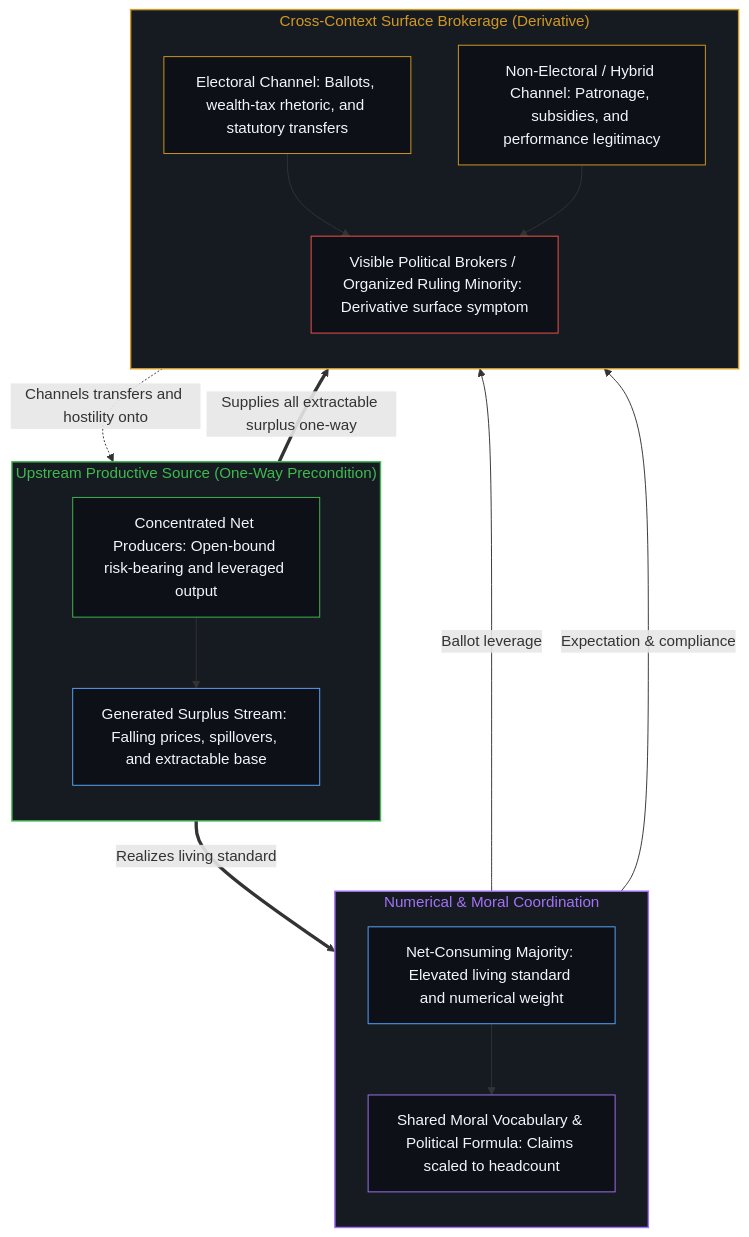
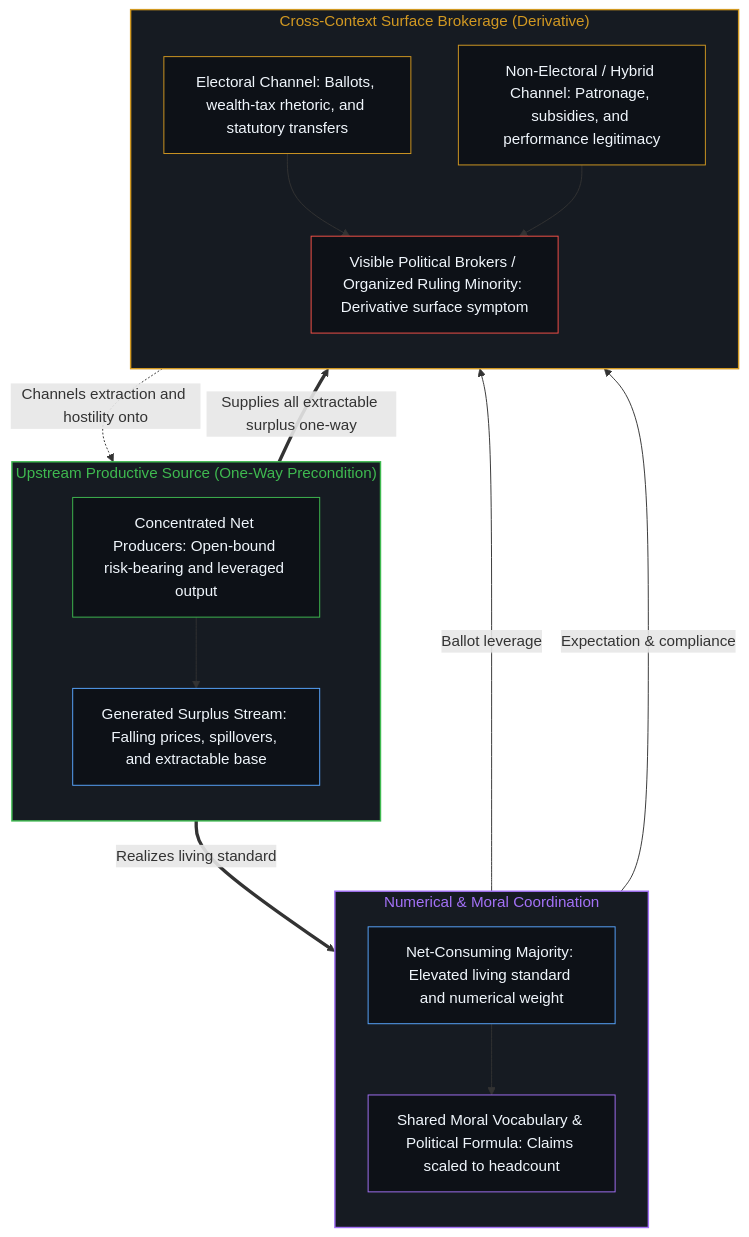
One commit to powerpig99/not-a-toe changed the second of 4 diagrams in content/posts/the-ultimate-constraint-of-the-net-producer.md. Above: the diagram before and after it, drawn with Mermaid. The commit also changed other lines of this file and 2 other files, not shown here.

Commit message:
Consolidate Deep Sleep Batch 23: refine 2 essays

````diff
--- a/content/posts/the-ultimate-constraint-of-the-net-producer.md
+++ b/content/posts/the-ultimate-constraint-of-the-net-producer.md
@@ -72,38 +72,38 @@
 ```mermaid
 flowchart TD
     subgraph S_Prod["Upstream Productive Source (One-Way Precondition)"]
         direction TB
         P1["Concentrated Net Producers: Open-bound risk-bearing and leveraged output"]
         P2["Generated Surplus Stream: Falling prices, spillovers, and extractable base"]
         P1 --> P2
     end
     subgraph S_Maj["Numerical & Moral Coordination"]
         direction TB
         M1["Net-Consuming Majority: Elevated living standard and numerical weight"]
         M2["Shared Moral Vocabulary & Political Formula: Claims scaled to headcount"]
         M1 --> M2
     end
     subgraph S_Surf["Cross-Context Surface Brokerage (Derivative)"]
         direction TB
         B_Vote["Electoral Channel: Ballots, wealth-tax rhetoric, and statutory transfers"]
         B_Auth["Non-Electoral / Hybrid Channel: Patronage, subsidies, and performance legitimacy"]
         B_Elite["Visible Political Brokers / Organized Ruling Minority: Derivative surface symptom"]
         B_Vote --> B_Elite
         B_Auth --> B_Elite
     end
     P2 ==>|"Realizes living standard"| M1
     P2 ==>|"Supplies all extractable surplus one-way"| B_Elite
     M2 -->|"Ballot leverage"| B_Vote
     M2 -->|"Expectation & compliance"| B_Auth
-    B_Elite -.->|"Channels transfers and hostility onto"| P1
+    B_Elite -.->|"Channels extraction and hostility onto"| P1
     style S_Prod fill:#161b22,stroke:#3fb950,stroke-width:1.5px,color:#3fb950
     style S_Maj fill:#161b22,stroke:#a371f7,stroke-width:1.5px,color:#a371f7
     style S_Surf fill:#161b22,stroke:#d29922,stroke-width:1.5px,color:#d29922
     style P1 fill:#0d1117,stroke:#3fb950,stroke-width:1px,color:#f0f6fc
     style P2 fill:#0d1117,stroke:#58a6ff,stroke-width:1px,color:#f0f6fc
     style M1 fill:#0d1117,stroke:#58a6ff,stroke-width:1px,color:#f0f6fc
     style M2 fill:#0d1117,stroke:#a371f7,stroke-width:1px,color:#f0f6fc
     style B_Vote fill:#0d1117,stroke:#d29922,stroke-width:1px,color:#f0f6fc
     style B_Auth fill:#0d1117,stroke:#d29922,stroke-width:1px,color:#f0f6fc
     style B_Elite fill:#0d1117,stroke:#f85149,stroke-width:1px,color:#f0f6fc
 ```
````
